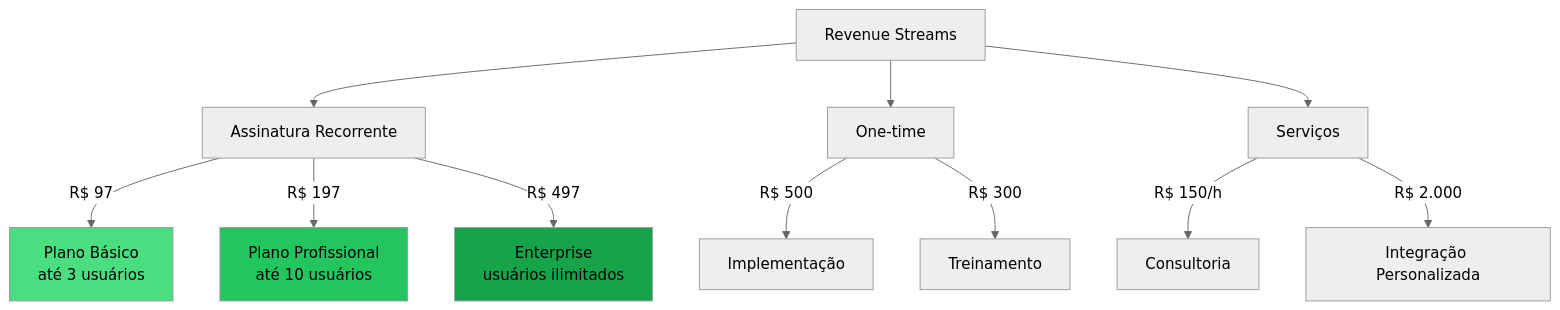
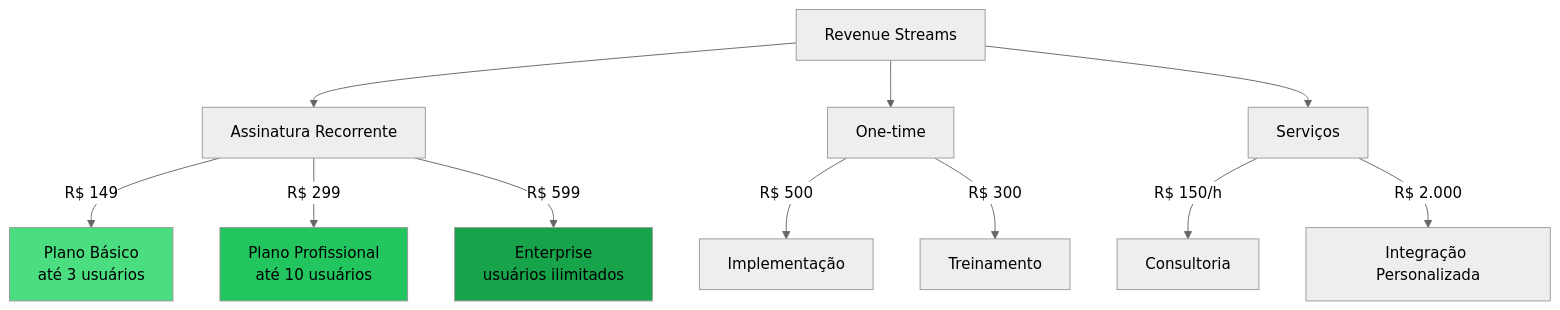
Diagram 12 of 14 in documentation/docs/estrategia/pm-canvas.mdx (matheusmendes720/workconnect-tcc), drawn with Mermaid (neutral theme) before and after one commit. The commit also changed other lines of this file and 16 other files, not shown here.

````diff
--- a/documentation/docs/estrategia/pm-canvas.mdx
+++ b/documentation/docs/estrategia/pm-canvas.mdx
@@ -381,22 +464,22 @@
 ```mermaid
 flowchart TB
     REC[Revenue Streams]
     
     REC --> SUB[Assinatura Recorrente]
     REC --> ONE[One-time]
     REC --> SER[Serviços]
-    
-    SUB -->|R$ 97| BASICO["Plano Básico<br/>até 3 usuários"]
-    SUB -->|R$ 197| PRO["Plano Profissional<br/>até 10 usuários"]
-    SUB -->|R$ 497| ENTER["Enterprise<br/>usuários ilimitados"]
+
+    SUB -->|R$ 149| BASICO["Plano Básico<br/>até 3 usuários"]
+    SUB -->|R$ 299| PRO["Plano Profissional<br/>até 10 usuários"]
+    SUB -->|R$ 599| ENTER["Enterprise<br/>usuários ilimitados"]
     
     ONE -->|R$ 500| IMP["Implementação"]
     ONE -->|R$ 300| TRE["Treinamento"]
     
     SER -->|R$ 150/h| CON["Consultoria"]
     SER -->|R$ 2.000| INT["Integração Personalizada"]
     
     style BASICO fill:#4ade80
     style PRO fill:#22c55e
     style ENTER fill:#16a34a
 ```
````
